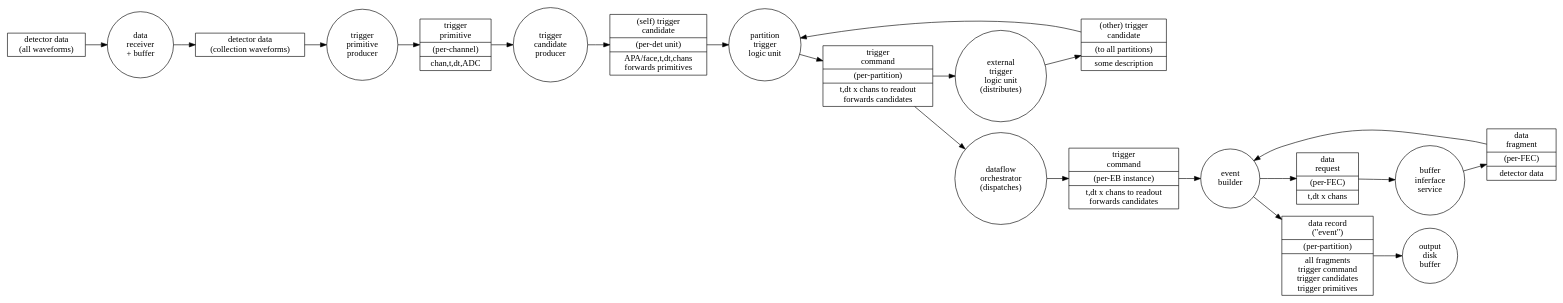
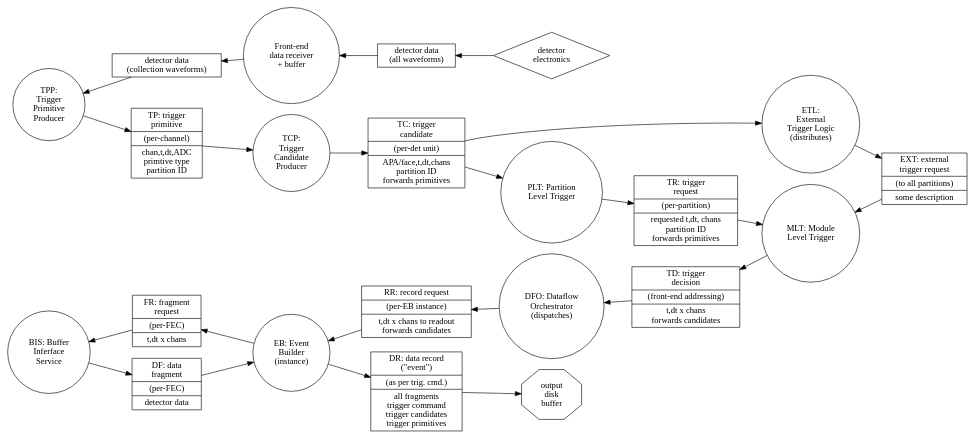
The diagram in graphics/daq-parts.dot (DUNE/dune-tdr), drawn with Graphviz before and after one commit. The commit also changed 1 other file, not shown here.

```diff
--- a/graphics/daq-parts.dot
+++ b/graphics/daq-parts.dot
@@ -1,35 +1,54 @@
 digraph parts {
         rankdir=LR
         // data
         node[shape=record];
+        ele[label="detector\nelectronics",shape=diamond];
+        
         rwf[label="detector data\n(all waveforms)"];
         bwf[label="detector data\n(collection waveforms)"];
-        tprim[label="{trigger\nprimitive}|{(per-channel)}|{chan,t,dt,ADC}"];
-        tcand[label="{(self) trigger\ncandidate}|{(per-det unit)}|{APA/face,t,dt,chans\nforwards primitives}"];
-        tother[label="{(other) trigger\ncandidate}|{(to all partitions)}|{some description}"];        
-        tcmd[label="{trigger\ncommand}|{(per-partition)}|{t,dt x chans to readout\nforwards candidates}"];
-        tcmd2[label="{trigger\ncommand}|{(per-EB instance)}|{t,dt x chans to readout\nforwards candidates}"];
-        req[label="{data\nrequest}|{(per-FEC)}|{t,dt x chans}"];
-        frag[label="{data\nfragment}|{(per-FEC)}|{detector data}"];
-        rec[label="{data record\n(\"event\")}|{(per-partition)}|{all fragments\ntrigger command\ntrigger candidates\ntrigger primitives}"];
+        tp[label="{TP: trigger\nprimitive}|{(per-channel)}|{chan,t,dt,ADC\nprimtive type\npartition ID}"];
+        tc[label="{TC: trigger\ncandidate}|{(per-det unit)}|{APA/face,t,dt,chans\npartition ID\nforwards primitives}"];
+        tr[label="{TR: trigger\nrequest}|{(per-partition)}|{requested t,dt, chans\npartition ID\nforwards primitives}"];
+        ext[label="{EXT: external\ntrigger request}|{(to all partitions)}|{some description}"];        
+        td[label="{TD: trigger\ndecision}|{(front-end addressing)}|{t,dt x chans\nforwards candidates}"];
+        rr[label="{RR: record request}|{(per-EB instance)}|{t,dt x chans to readout\nforwards candidates}"];
+        fr[label="{FR: fragment\nrequest}|{(per-FEC)}|{t,dt x chans}"];
+        df[label="{DF: data\nfragment}|{(per-FEC)}|{detector data}"];
+        dr[label="{DR: data record\n(\"event\")}|{(as per trig. cmd.)}|{all fragments\ntrigger command\ntrigger candidates\ntrigger primitives}"];
 
         // processes
         node[shape=circle];
-        recv[label="data\nreceiver\n+ buffer"];
-        tpp[label="trigger\nprimitive\nproducer"];
-        tcp[label="trigger\ncandidate\nproducer"];
-        ptl[label="partition\ntrigger\nlogic unit"];
-        dfo[label="dataflow\norchestrator\n(dispatches)"];
-        bis[label="buffer\ninferface\nservice"];
-        eb[label="event\nbuilder"];
-        out[label="output\ndisk\nbuffer"];
+        recv[label="Front-end\ndata receiver\n+ buffer"];
+        tpp[label="TPP:\nTrigger\nPrimitive\nProducer"];
+        tcp[label="TCP:\nTrigger\nCandidate\nProducer"];
+        plt[label="PLT: Partition\n Level Trigger"];
+        mlt[label="MLT: Module\nLevel Trigger"];
+        dfo[label="DFO: Dataflow\nOrchestrator\n(dispatches)"];
+        bis[label="BIS: Buffer\nInferface\nService"];
+        eb[label="EB: Event\nBuilder\n(instance)"];
+        out[label="output\ndisk\nbuffer",shape=octagon];
 
-        etl[label="external\ntrigger\nlogic unit\n(distributes)"]
+        etl[label="ETL:\nExternal\nTrigger Logic\n(distributes)"]
         
-        rwf->recv->bwf->tpp->tprim->tcp->tcand->ptl->tcmd->dfo->tcmd2->eb->req->bis->frag->eb->rec->out;
+        //ele->rwf->recv->bwf->tpp;
+        tpp->bwf->recv->rwf->ele[dir=back];
         
-        tcmd->etl->tother;
-        ptl->tother[dir=back];
+        tpp->tp->tcp->tc->plt;
+        plt->tr->mlt;
+
+        //mlt->tcmd->dfo->tcmd2->eb->req->bis->frag->eb->rec->out;
+        td->mlt[dir=back];
+        dfo->td[dir=back];
+        rr->dfo[dir=back];
+        eb->rr[dir=back];
+        fr->eb[dir=back];
+        bis->fr[dir=back];
+        bis->df->eb->dr->out;
         
+        tc->etl->ext;
+        mlt->ext[dir=back];
 
+        edge[style=invis];
+        {rank=same;
+                plt->dfo->out;}
 }
```
